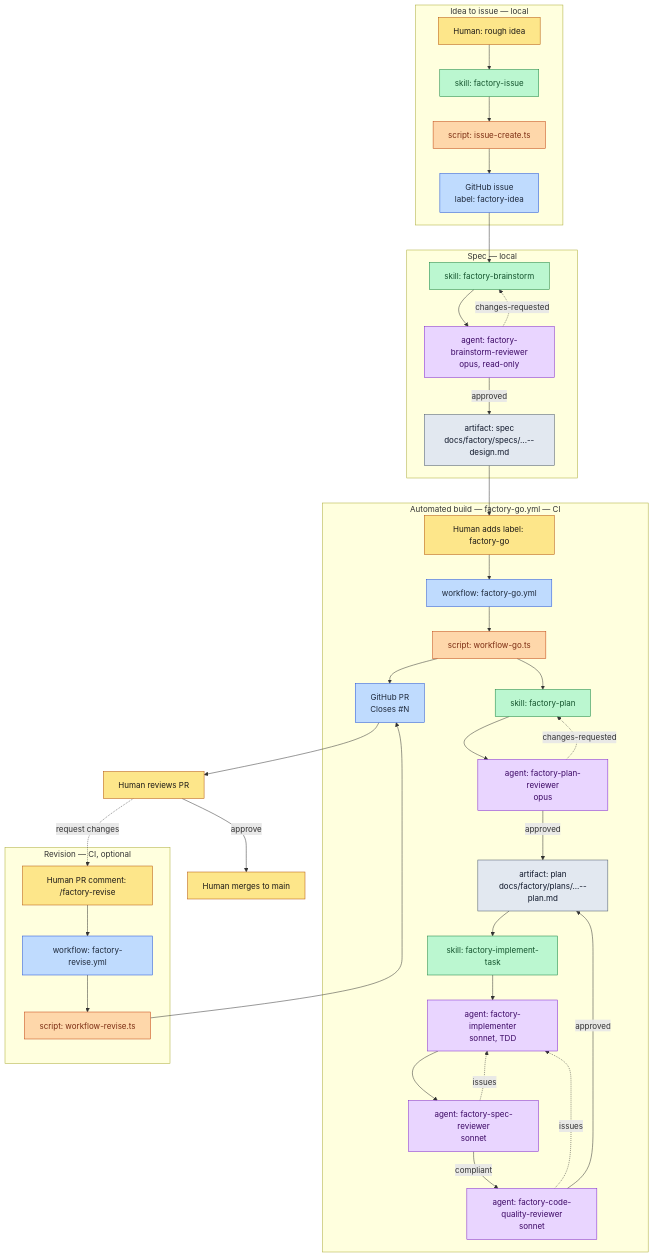
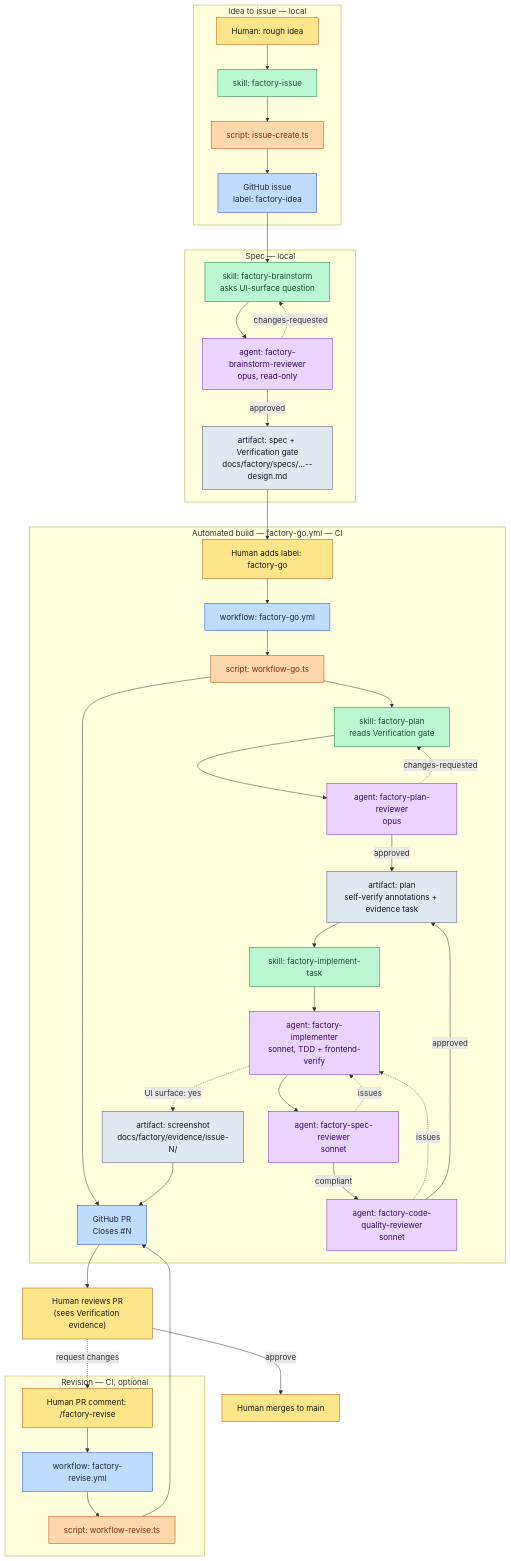
One commit to jost-kuenzel/claude-workshop changed the first of 2 diagrams in docs/factory/factory-process-guide.md. Above: the diagram before and after it, drawn with Mermaid. The commit also changed other lines of this file and 10 other files, not shown here.

First line of the commit message:
feat(factory): browser-verify frontend work + screenshot evidence in PR (#40)

````diff
--- a/docs/factory/factory-process-guide.md
+++ b/docs/factory/factory-process-guide.md
@@ -37,62 +45,65 @@
 ```mermaid
 flowchart TD
     classDef human fill:#fde68a,stroke:#b45309,color:#1c1917
     classDef gh fill:#bfdbfe,stroke:#1d4ed8,color:#1e293b
     classDef skill fill:#bbf7d0,stroke:#15803d,color:#14532d
     classDef agent fill:#e9d5ff,stroke:#7e22ce,color:#3b0764
     classDef script fill:#fed7aa,stroke:#c2410c,color:#7c2d12
     classDef artifact fill:#e2e8f0,stroke:#475569,color:#0f172a
 
     subgraph IDEA["Idea to issue — local"]
         H1["Human: rough idea"]:::human
         SK_ISSUE["skill: factory-issue"]:::skill
         SC_ISSUE["script: issue-create.ts"]:::script
         ISSUE["GitHub issue<br/>label: factory-idea"]:::gh
         H1 --> SK_ISSUE --> SC_ISSUE --> ISSUE
     end
 
     subgraph SPEC["Spec — local"]
-        SK_BS["skill: factory-brainstorm"]:::skill
+        SK_BS["skill: factory-brainstorm<br/>asks UI-surface question"]:::skill
         AG_BSR["agent: factory-brainstorm-reviewer<br/>opus, read-only"]:::agent
-        SPECF["artifact: spec<br/>docs/factory/specs/...--design.md"]:::artifact
+        SPECF["artifact: spec + Verification gate<br/>docs/factory/specs/...--design.md"]:::artifact
         ISSUE --> SK_BS --> AG_BSR
         AG_BSR -->|approved| SPECF
         AG_BSR -.->|changes-requested| SK_BS
     end
 
     LABEL["Human adds label: factory-go"]:::human
     SPECF --> LABEL
 
     subgraph CI["Automated build — factory-go.yml — CI"]
         WF["workflow: factory-go.yml"]:::gh
         ORCH["script: workflow-go.ts"]:::script
         PR["GitHub PR<br/>Closes #N"]:::gh
-        SK_PLAN["skill: factory-plan"]:::skill
+        SK_PLAN["skill: factory-plan<br/>reads Verification gate"]:::skill
         AG_PLANR["agent: factory-plan-reviewer<br/>opus"]:::agent
-        PLAN["artifact: plan<br/>docs/factory/plans/...--plan.md"]:::artifact
+        PLAN["artifact: plan<br/>self-verify annotations + evidence task"]:::artifact
         SK_TASK["skill: factory-implement-task"]:::skill
-        AG_IMPL["agent: factory-implementer<br/>sonnet, TDD"]:::agent
+        AG_IMPL["agent: factory-implementer<br/>sonnet, TDD + frontend-verify"]:::agent
         AG_SPECR["agent: factory-spec-reviewer<br/>sonnet"]:::agent
         AG_QUAL["agent: factory-code-quality-reviewer<br/>sonnet"]:::agent
+        EVID["artifact: screenshot<br/>docs/factory/evidence/issue-N/"]:::artifact
         LABEL --> WF --> ORCH --> PR
         ORCH --> SK_PLAN --> AG_PLANR
         AG_PLANR -->|approved| PLAN
         AG_PLANR -.->|changes-requested| SK_PLAN
         PLAN --> SK_TASK --> AG_IMPL --> AG_SPECR
         AG_SPECR -.->|issues| AG_IMPL
         AG_SPECR -->|compliant| AG_QUAL
         AG_QUAL -.->|issues| AG_IMPL
         AG_QUAL -->|approved| PLAN
+        AG_IMPL -.->|UI surface: yes| EVID
+        EVID --> PR
     end
 
     subgraph REV["Revision — CI, optional"]
         CMT["Human PR comment: /factory-revise"]:::human
         WF_REV["workflow: factory-revise.yml"]:::gh
         ORCH_REV["script: workflow-revise.ts"]:::script
         CMT --> WF_REV --> ORCH_REV --> PR
     end
 
-    PR --> REVIEW["Human reviews PR"]:::human
+    PR --> REVIEW["Human reviews PR<br/>(sees Verification evidence)"]:::human
     REVIEW -.->|request changes| CMT
     REVIEW -->|approve| MERGE["Human merges to main"]:::human
 ```
````
